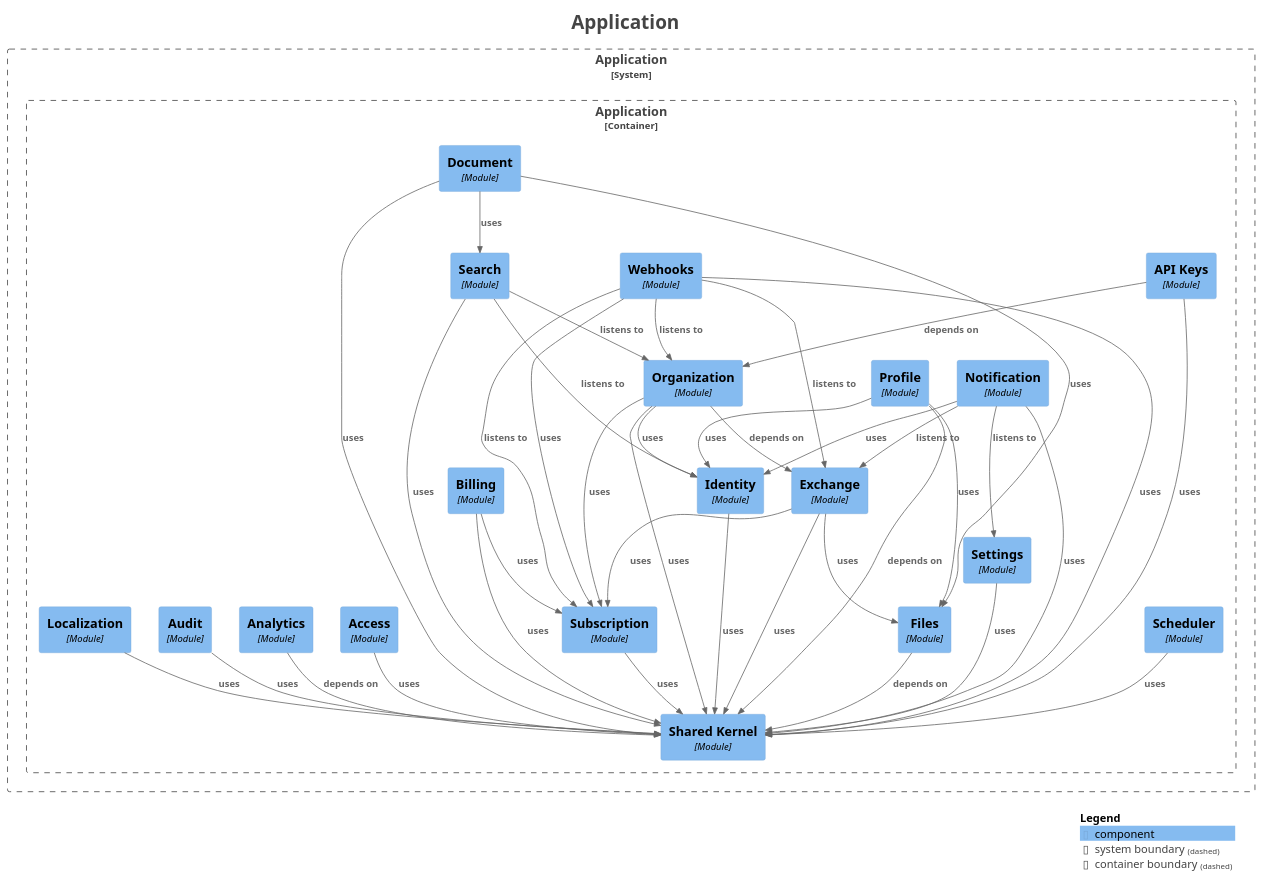
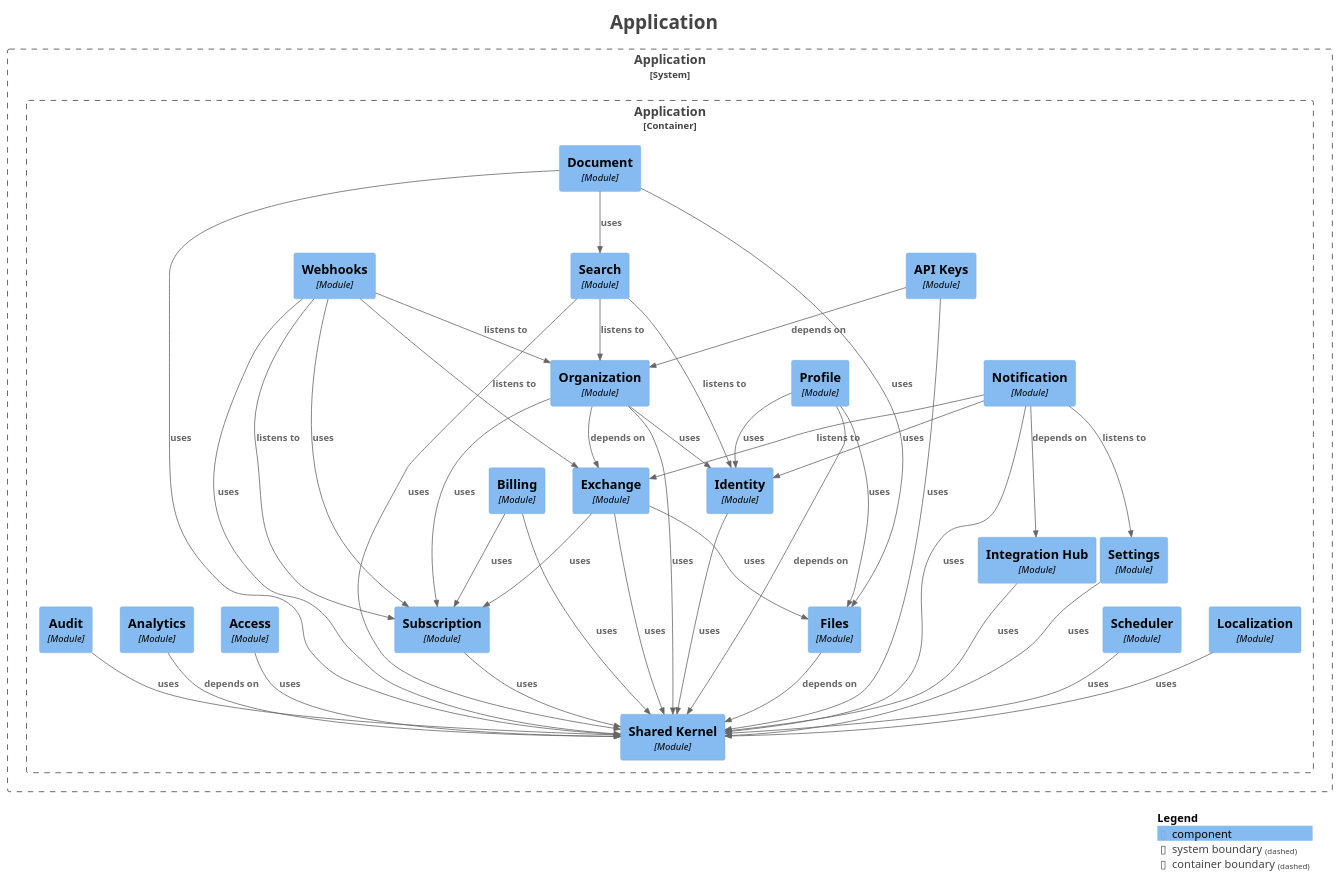
The diagram in docs/modulith/components.puml (Paul-Ayesiga/enterprise-modulith-template), drawn with PlantUML before and after one commit. The commit also changed 39 other files, not shown here.

First line of the commit message:
feat(integration): the integration hub — provider configs, encrypted (V33, P5)

```diff
--- a/docs/modulith/components.puml
+++ b/docs/modulith/components.puml
@@ -1,84 +1,87 @@
 @startuml
 title <size:24>Application</size>
 
 set separator none
 top to bottom direction
 
 <style>
   root {
     BackgroundColor: #ffffff
     FontColor: #444444
   }
 </style>
 
 !include <C4/C4>
 !include <C4/C4_Context>
 !include <C4/C4_Component>
 
 System_Boundary("Application_boundary", "Application", $tags="") {
   Container_Boundary("Application.Application_boundary", "Application", $tags="") {
+    Component(Application.Application.Localization, "Localization", $techn="Module", $descr="", $tags="", $link="")
     Component(Application.Application.Scheduler, "Scheduler", $techn="Module", $descr="", $tags="", $link="")
     Component(Application.Application.Settings, "Settings", $techn="Module", $descr="", $tags="", $link="")
     Component(Application.Application.Subscription, "Subscription", $techn="Module", $descr="", $tags="", $link="")
     Component(Application.Application.Billing, "Billing", $techn="Module", $descr="", $tags="", $link="")
     Component(Application.Application.Exchange, "Exchange", $techn="Module", $descr="", $tags="", $link="")
     Component(Application.Application.Profile, "Profile", $techn="Module", $descr="", $tags="", $link="")
     Component(Application.Application.Notification, "Notification", $techn="Module", $descr="", $tags="", $link="")
     Component(Application.Application.Organization, "Organization", $techn="Module", $descr="", $tags="", $link="")
     Component(Application.Application.APIKeys, "API Keys", $techn="Module", $descr="", $tags="", $link="")
     Component(Application.Application.Search, "Search", $techn="Module", $descr="", $tags="", $link="")
     Component(Application.Application.Webhooks, "Webhooks", $techn="Module", $descr="", $tags="", $link="")
     Component(Application.Application.Document, "Document", $techn="Module", $descr="", $tags="", $link="")
     Component(Application.Application.SharedKernel, "Shared Kernel", $techn="Module", $descr="", $tags="", $link="")
     Component(Application.Application.Access, "Access", $techn="Module", $descr="", $tags="", $link="")
     Component(Application.Application.Analytics, "Analytics", $techn="Module", $descr="", $tags="", $link="")
     Component(Application.Application.Audit, "Audit", $techn="Module", $descr="", $tags="", $link="")
     Component(Application.Application.Files, "Files", $techn="Module", $descr="", $tags="", $link="")
     Component(Application.Application.Identity, "Identity", $techn="Module", $descr="", $tags="", $link="")
-    Component(Application.Application.Localization, "Localization", $techn="Module", $descr="", $tags="", $link="")
+    Component(Application.Application.IntegrationHub, "Integration Hub", $techn="Module", $descr="", $tags="", $link="")
   }
 
 }
 
+Rel(Application.Application.Audit, Application.Application.SharedKernel, "uses", $techn="", $tags="", $link="")
+Rel(Application.Application.Files, Application.Application.SharedKernel, "depends on", $techn="", $tags="", $link="")
 Rel(Application.Application.Identity, Application.Application.SharedKernel, "uses", $techn="", $tags="", $link="")
+Rel(Application.Application.Localization, Application.Application.SharedKernel, "uses", $techn="", $tags="", $link="")
+Rel(Application.Application.Exchange, Application.Application.Files, "uses", $techn="", $tags="", $link="")
+Rel(Application.Application.Exchange, Application.Application.SharedKernel, "uses", $techn="", $tags="", $link="")
+Rel(Application.Application.Exchange, Application.Application.Subscription, "uses", $techn="", $tags="", $link="")
+Rel(Application.Application.Profile, Application.Application.SharedKernel, "depends on", $techn="", $tags="", $link="")
+Rel(Application.Application.Profile, Application.Application.Identity, "uses", $techn="", $tags="", $link="")
+Rel(Application.Application.Profile, Application.Application.Files, "uses", $techn="", $tags="", $link="")
+Rel(Application.Application.APIKeys, Application.Application.Organization, "depends on", $techn="", $tags="", $link="")
+Rel(Application.Application.APIKeys, Application.Application.SharedKernel, "uses", $techn="", $tags="", $link="")
+Rel(Application.Application.Access, Application.Application.SharedKernel, "uses", $techn="", $tags="", $link="")
+Rel(Application.Application.Notification, Application.Application.Exchange, "listens to", $techn="", $tags="", $link="")
+Rel(Application.Application.Notification, Application.Application.Settings, "listens to", $techn="", $tags="", $link="")
+Rel(Application.Application.Notification, Application.Application.IntegrationHub, "depends on", $techn="", $tags="", $link="")
+Rel(Application.Application.Notification, Application.Application.SharedKernel, "uses", $techn="", $tags="", $link="")
+Rel(Application.Application.Notification, Application.Application.Identity, "uses", $techn="", $tags="", $link="")
+Rel(Application.Application.Settings, Application.Application.SharedKernel, "uses", $techn="", $tags="", $link="")
+Rel(Application.Application.Subscription, Application.Application.SharedKernel, "uses", $techn="", $tags="", $link="")
+Rel(Application.Application.Billing, Application.Application.Subscription, "uses", $techn="", $tags="", $link="")
+Rel(Application.Application.Billing, Application.Application.SharedKernel, "uses", $techn="", $tags="", $link="")
+Rel(Application.Application.IntegrationHub, Application.Application.SharedKernel, "uses", $techn="", $tags="", $link="")
+Rel(Application.Application.Webhooks, Application.Application.Organization, "listens to", $techn="", $tags="", $link="")
+Rel(Application.Application.Webhooks, Application.Application.Exchange, "listens to", $techn="", $tags="", $link="")
+Rel(Application.Application.Webhooks, Application.Application.Subscription, "listens to", $techn="", $tags="", $link="")
+Rel(Application.Application.Webhooks, Application.Application.SharedKernel, "uses", $techn="", $tags="", $link="")
+Rel(Application.Application.Webhooks, Application.Application.Subscription, "uses", $techn="", $tags="", $link="")
+Rel(Application.Application.Scheduler, Application.Application.SharedKernel, "uses", $techn="", $tags="", $link="")
+Rel(Application.Application.Document, Application.Application.Files, "uses", $techn="", $tags="", $link="")
+Rel(Application.Application.Document, Application.Application.Search, "uses", $techn="", $tags="", $link="")
+Rel(Application.Application.Document, Application.Application.SharedKernel, "uses", $techn="", $tags="", $link="")
 Rel(Application.Application.Analytics, Application.Application.SharedKernel, "depends on", $techn="", $tags="", $link="")
+Rel(Application.Application.Search, Application.Application.Organization, "listens to", $techn="", $tags="", $link="")
+Rel(Application.Application.Search, Application.Application.Identity, "listens to", $techn="", $tags="", $link="")
+Rel(Application.Application.Search, Application.Application.SharedKernel, "uses", $techn="", $tags="", $link="")
 Rel(Application.Application.Organization, Application.Application.Exchange, "depends on", $techn="", $tags="", $link="")
 Rel(Application.Application.Organization, Application.Application.Identity, "uses", $techn="", $tags="", $link="")
 Rel(Application.Application.Organization, Application.Application.SharedKernel, "uses", $techn="", $tags="", $link="")
 Rel(Application.Application.Organization, Application.Application.Subscription, "uses", $techn="", $tags="", $link="")
-Rel(Application.Application.Profile, Application.Application.SharedKernel, "depends on", $techn="", $tags="", $link="")
-Rel(Application.Application.Profile, Application.Application.Identity, "uses", $techn="", $tags="", $link="")
-Rel(Application.Application.Profile, Application.Application.Files, "uses", $techn="", $tags="", $link="")
-Rel(Application.Application.Webhooks, Application.Application.Exchange, "listens to", $techn="", $tags="", $link="")
-Rel(Application.Application.Webhooks, Application.Application.Organization, "listens to", $techn="", $tags="", $link="")
-Rel(Application.Application.Webhooks, Application.Application.Subscription, "listens to", $techn="", $tags="", $link="")
-Rel(Application.Application.Webhooks, Application.Application.SharedKernel, "uses", $techn="", $tags="", $link="")
-Rel(Application.Application.Webhooks, Application.Application.Subscription, "uses", $techn="", $tags="", $link="")
-Rel(Application.Application.Subscription, Application.Application.SharedKernel, "uses", $techn="", $tags="", $link="")
-Rel(Application.Application.Document, Application.Application.Files, "uses", $techn="", $tags="", $link="")
-Rel(Application.Application.Document, Application.Application.Search, "uses", $techn="", $tags="", $link="")
-Rel(Application.Application.Document, Application.Application.SharedKernel, "uses", $techn="", $tags="", $link="")
-Rel(Application.Application.Scheduler, Application.Application.SharedKernel, "uses", $techn="", $tags="", $link="")
-Rel(Application.Application.Access, Application.Application.SharedKernel, "uses", $techn="", $tags="", $link="")
-Rel(Application.Application.Localization, Application.Application.SharedKernel, "uses", $techn="", $tags="", $link="")
-Rel(Application.Application.Files, Application.Application.SharedKernel, "depends on", $techn="", $tags="", $link="")
-Rel(Application.Application.Billing, Application.Application.Subscription, "uses", $techn="", $tags="", $link="")
-Rel(Application.Application.Billing, Application.Application.SharedKernel, "uses", $techn="", $tags="", $link="")
-Rel(Application.Application.Exchange, Application.Application.Files, "uses", $techn="", $tags="", $link="")
-Rel(Application.Application.Exchange, Application.Application.SharedKernel, "uses", $techn="", $tags="", $link="")
-Rel(Application.Application.Exchange, Application.Application.Subscription, "uses", $techn="", $tags="", $link="")
-Rel(Application.Application.Audit, Application.Application.SharedKernel, "uses", $techn="", $tags="", $link="")
-Rel(Application.Application.Settings, Application.Application.SharedKernel, "uses", $techn="", $tags="", $link="")
-Rel(Application.Application.Notification, Application.Application.Exchange, "listens to", $techn="", $tags="", $link="")
-Rel(Application.Application.Notification, Application.Application.Settings, "listens to", $techn="", $tags="", $link="")
-Rel(Application.Application.Notification, Application.Application.SharedKernel, "uses", $techn="", $tags="", $link="")
-Rel(Application.Application.Notification, Application.Application.Identity, "uses", $techn="", $tags="", $link="")
-Rel(Application.Application.APIKeys, Application.Application.Organization, "depends on", $techn="", $tags="", $link="")
-Rel(Application.Application.APIKeys, Application.Application.SharedKernel, "uses", $techn="", $tags="", $link="")
-Rel(Application.Application.Search, Application.Application.Identity, "listens to", $techn="", $tags="", $link="")
-Rel(Application.Application.Search, Application.Application.Organization, "listens to", $techn="", $tags="", $link="")
-Rel(Application.Application.Search, Application.Application.SharedKernel, "uses", $techn="", $tags="", $link="")
 
 SHOW_LEGEND(true)
 hide stereotypes
 @enduml
```
